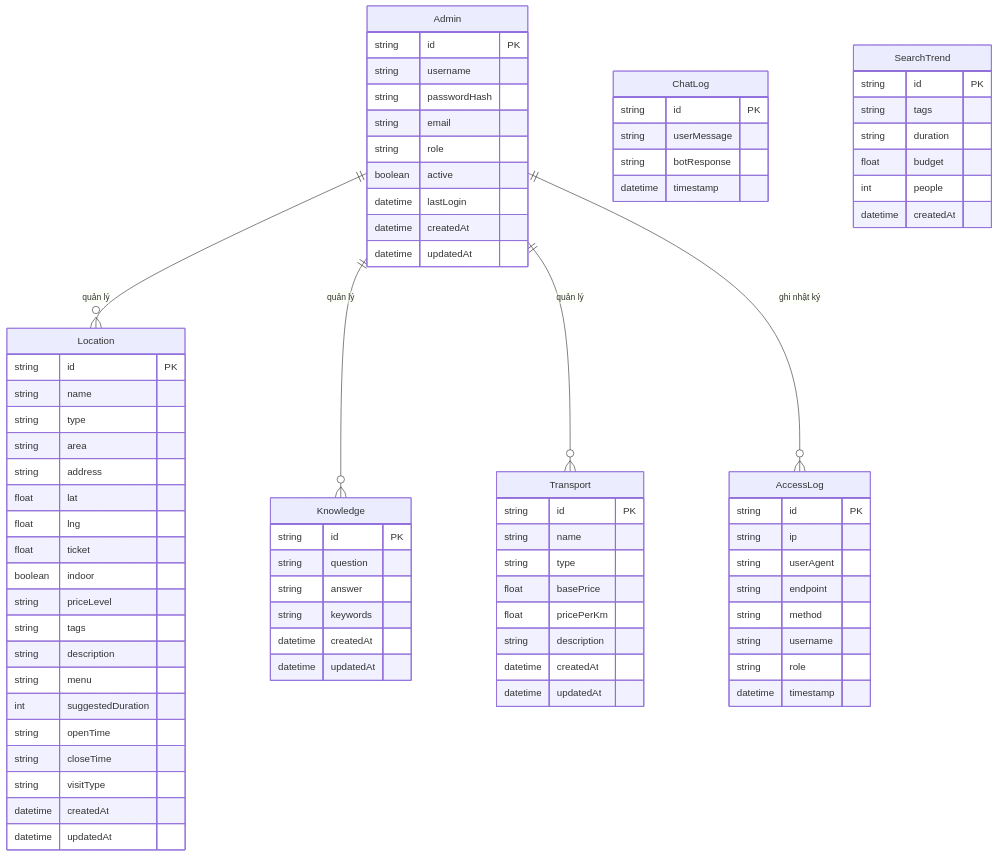
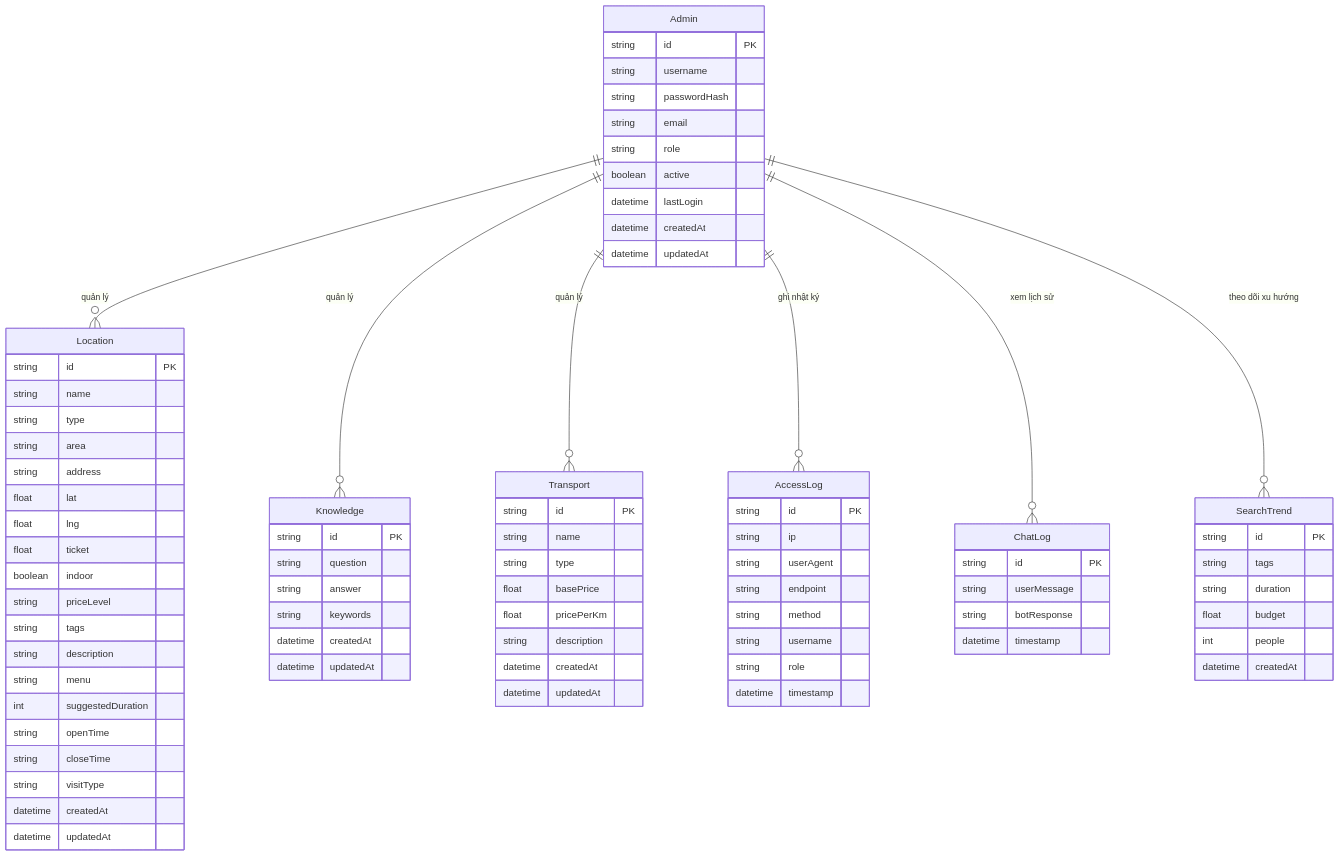
The fourth of 6 diagrams in docs/ARCHITECTURE.md (Doggie-H/Dana-Travel), drawn with Mermaid before and after one commit. The commit also changed other lines of this file, not shown here.

````diff
--- a/docs/ARCHITECTURE.md
+++ b/docs/ARCHITECTURE.md
@@ -214,4 +214,6 @@
     Admin ||--o{ Knowledge : "quản lý"
     Admin ||--o{ Transport : "quản lý"
     Admin ||--o{ AccessLog : "ghi nhật ký"
+    Admin ||--o{ ChatLog : "xem lịch sử"
+    Admin ||--o{ SearchTrend : "theo dõi xu hướng"
 ```
````
